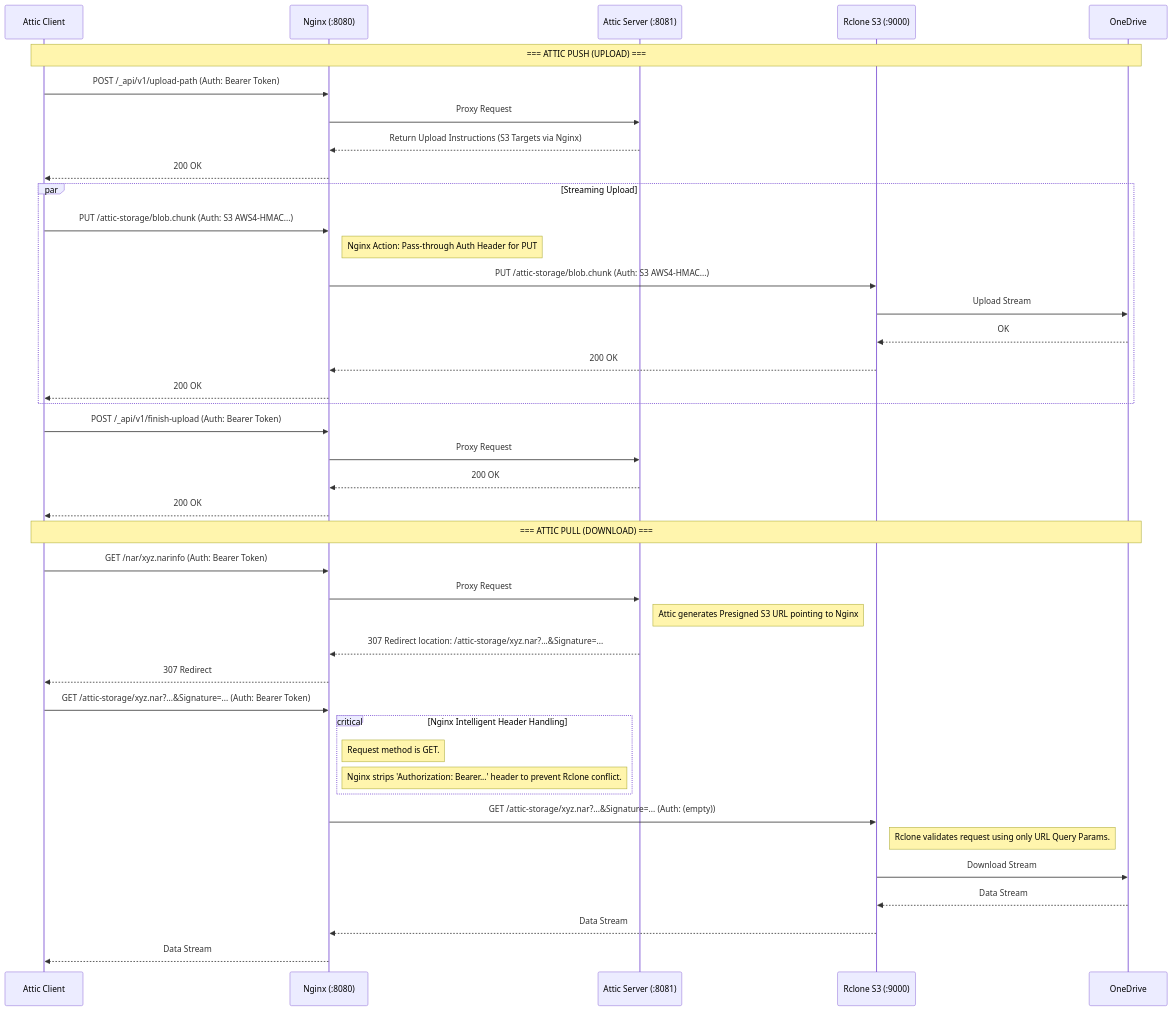
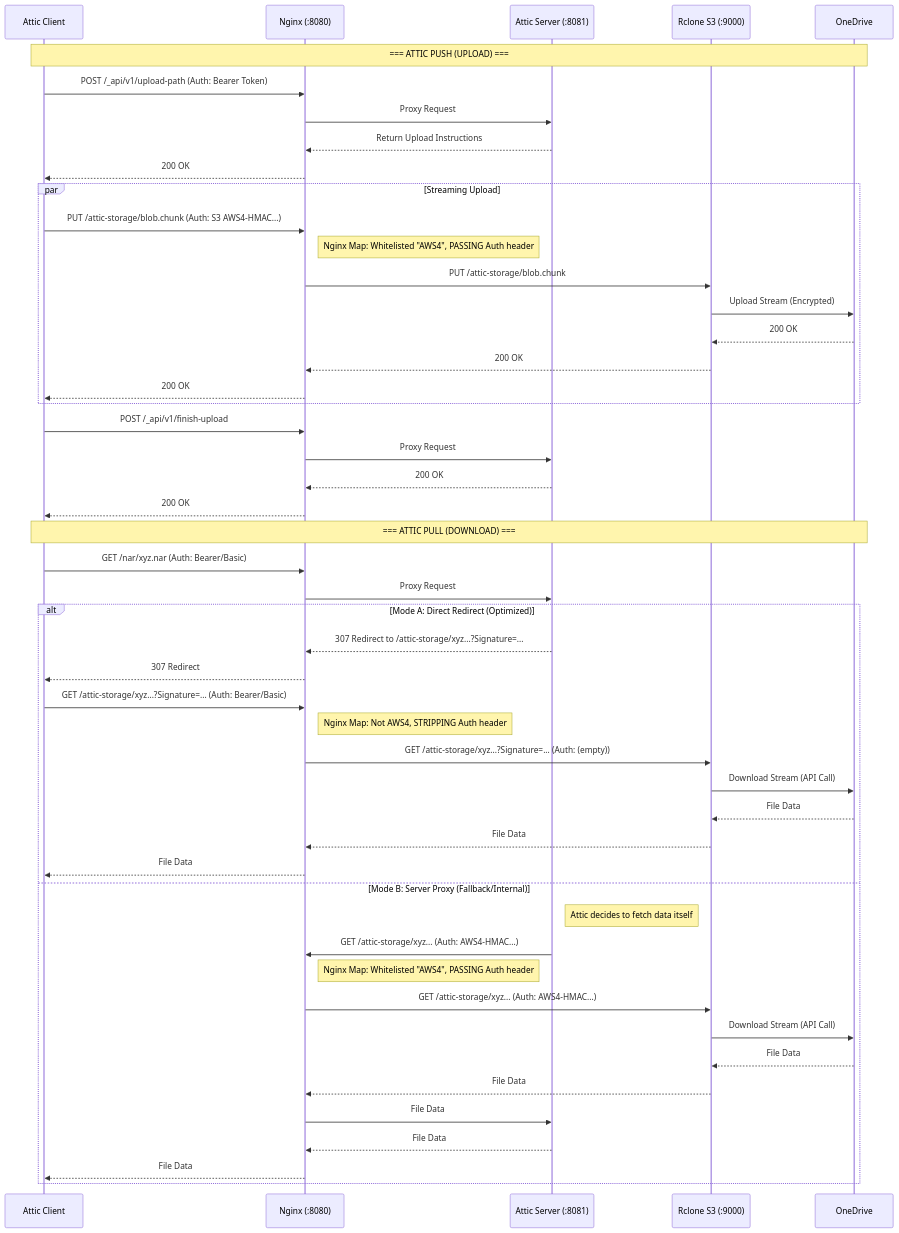
Before and after one commit to Misaka13514/attic-server-fly: the second of 2 diagrams in README.md, drawn with Mermaid. The commit also changed other lines of this file and 1 other file, not shown here.

Commit message:
fix: whitelist AWS for s3

````diff
--- a/README.md
+++ b/README.md
@@ -64,48 +67,56 @@
 ```mermaid
 sequenceDiagram
     participant C as Attic Client
     participant N as Nginx (:8080)
     participant A as Attic Server (:8081)
     participant R as Rclone S3 (:9000)
     participant O as OneDrive
 
     note over C, O: === ATTIC PUSH (UPLOAD) ===
     C->>N: POST /_api/v1/upload-path (Auth: Bearer Token)
     N->>A: Proxy Request
-    A-->>N: Return Upload Instructions (S3 Targets via Nginx)
+    A-->>N: Return Upload Instructions
     N-->>C: 200 OK
 
     par Streaming Upload
         C->>N: PUT /attic-storage/blob.chunk (Auth: S3 AWS4-HMAC...)
-        note right of N: Nginx Action: Pass-through Auth Header for PUT
-        N->>R: PUT /attic-storage/blob.chunk (Auth: S3 AWS4-HMAC...)
-        R->>O: Upload Stream
-        O-->>R: OK
+        note right of N: Nginx Map: Whitelisted "AWS4", PASSING Auth header
+        N->>R: PUT /attic-storage/blob.chunk
+        R->>O: Upload Stream (Encrypted)
+        O-->>R: 200 OK
         R-->>N: 200 OK
         N-->>C: 200 OK
     end
 
-    C->>N: POST /_api/v1/finish-upload (Auth: Bearer Token)
+    C->>N: POST /_api/v1/finish-upload
     N->>A: Proxy Request
     A-->>N: 200 OK
     N-->>C: 200 OK
 
     note over C, O: === ATTIC PULL (DOWNLOAD) ===
-    C->>N: GET /nar/xyz.narinfo (Auth: Bearer Token)
+    C->>N: GET /nar/xyz.nar (Auth: Bearer/Basic)
     N->>A: Proxy Request
-    note right of A: Attic generates Presigned S3 URL pointing to Nginx
-    A-->>N: 307 Redirect location: /attic-storage/xyz.nar?...&Signature=...
-    N-->>C: 307 Redirect
 
-    C->>N: GET /attic-storage/xyz.nar?...&Signature=... (Auth: Bearer Token)
-    critical Nginx Intelligent Header Handling
-        note right of N: Request method is GET.
-        note right of N: Nginx strips 'Authorization: Bearer...' header to prevent Rclone conflict.
+    alt Mode A: Direct Redirect (Optimized)
+        A-->>N: 307 Redirect to /attic-storage/xyz...?Signature=...
+        N-->>C: 307 Redirect
+        C->>N: GET /attic-storage/xyz...?Signature=... (Auth: Bearer/Basic)
+        note right of N: Nginx Map: Not AWS4, STRIPPING Auth header
+        N->>R: GET /attic-storage/xyz...?Signature=... (Auth: (empty))
+        R->>O: Download Stream (API Call)
+        O-->>R: File Data
+        R-->>N: File Data
+        N-->>C: File Data
+    else Mode B: Server Proxy (Fallback/Internal)
+        note right of A: Attic decides to fetch data itself
+        A->>N: GET /attic-storage/xyz... (Auth: AWS4-HMAC...)
+        note right of N: Nginx Map: Whitelisted "AWS4", PASSING Auth header
+        N->>R: GET /attic-storage/xyz... (Auth: AWS4-HMAC...)
+        R->>O: Download Stream (API Call)
+        O-->>R: File Data
+        R-->>N: File Data
+        N->>A: File Data
+        A-->>N: File Data
+        N-->>C: File Data
     end
-    N->>R: GET /attic-storage/xyz.nar?...&Signature=... (Auth: (empty))
-    note right of R: Rclone validates request using only URL Query Params.
-    R->>O: Download Stream
-    O-->>R: Data Stream
-    R-->>N: Data Stream
-    N-->>C: Data Stream
 ```
````
